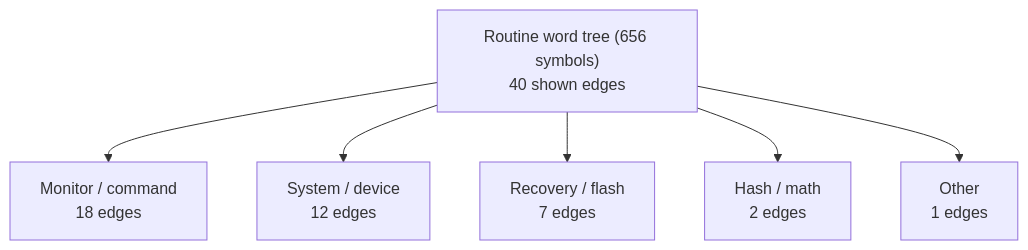
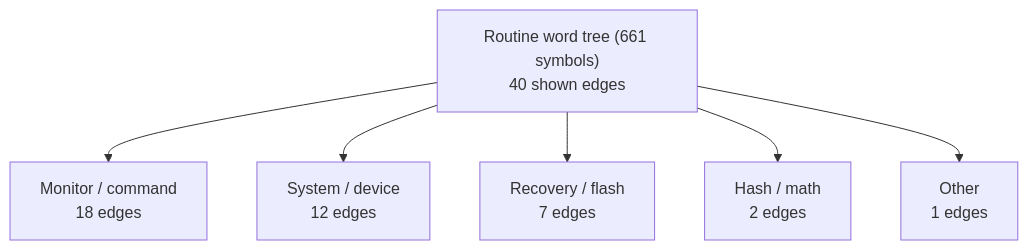
The first of 7 diagrams in DOC/GENERATED/ROUTINE_WORD_TREE.md (95westus/R-YORS), drawn with Mermaid before and after one commit. The commit also changed other lines of this file and 38 other files, not shown here.

````diff
--- a/DOC/GENERATED/ROUTINE_WORD_TREE.md
+++ b/DOC/GENERATED/ROUTINE_WORD_TREE.md
@@ -16,8 +16,8 @@
 ```mermaid
 flowchart TD
-    MAP_ROOT_ROUTINE_WORD_TREE__656_SYMBOLS_["Routine word tree (656 symbols)<br/>40 shown edges"] --> MAP_FAMILY_MONITOR___COMMAND["Monitor / command<br/>18 edges"]
-    MAP_ROOT_ROUTINE_WORD_TREE__656_SYMBOLS_["Routine word tree (656 symbols)<br/>40 shown edges"] --> MAP_FAMILY_SYSTEM___DEVICE["System / device<br/>12 edges"]
-    MAP_ROOT_ROUTINE_WORD_TREE__656_SYMBOLS_["Routine word tree (656 symbols)<br/>40 shown edges"] --> MAP_FAMILY_RECOVERY___FLASH["Recovery / flash<br/>7 edges"]
-    MAP_ROOT_ROUTINE_WORD_TREE__656_SYMBOLS_["Routine word tree (656 symbols)<br/>40 shown edges"] --> MAP_FAMILY_HASH___MATH["Hash / math<br/>2 edges"]
-    MAP_ROOT_ROUTINE_WORD_TREE__656_SYMBOLS_["Routine word tree (656 symbols)<br/>40 shown edges"] --> MAP_FAMILY_OTHER["Other<br/>1 edges"]
+    MAP_ROOT_ROUTINE_WORD_TREE__661_SYMBOLS_["Routine word tree (661 symbols)<br/>40 shown edges"] --> MAP_FAMILY_MONITOR___COMMAND["Monitor / command<br/>18 edges"]
+    MAP_ROOT_ROUTINE_WORD_TREE__661_SYMBOLS_["Routine word tree (661 symbols)<br/>40 shown edges"] --> MAP_FAMILY_SYSTEM___DEVICE["System / device<br/>12 edges"]
+    MAP_ROOT_ROUTINE_WORD_TREE__661_SYMBOLS_["Routine word tree (661 symbols)<br/>40 shown edges"] --> MAP_FAMILY_RECOVERY___FLASH["Recovery / flash<br/>7 edges"]
+    MAP_ROOT_ROUTINE_WORD_TREE__661_SYMBOLS_["Routine word tree (661 symbols)<br/>40 shown edges"] --> MAP_FAMILY_HASH___MATH["Hash / math<br/>2 edges"]
+    MAP_ROOT_ROUTINE_WORD_TREE__661_SYMBOLS_["Routine word tree (661 symbols)<br/>40 shown edges"] --> MAP_FAMILY_OTHER["Other<br/>1 edges"]
 ```
````
